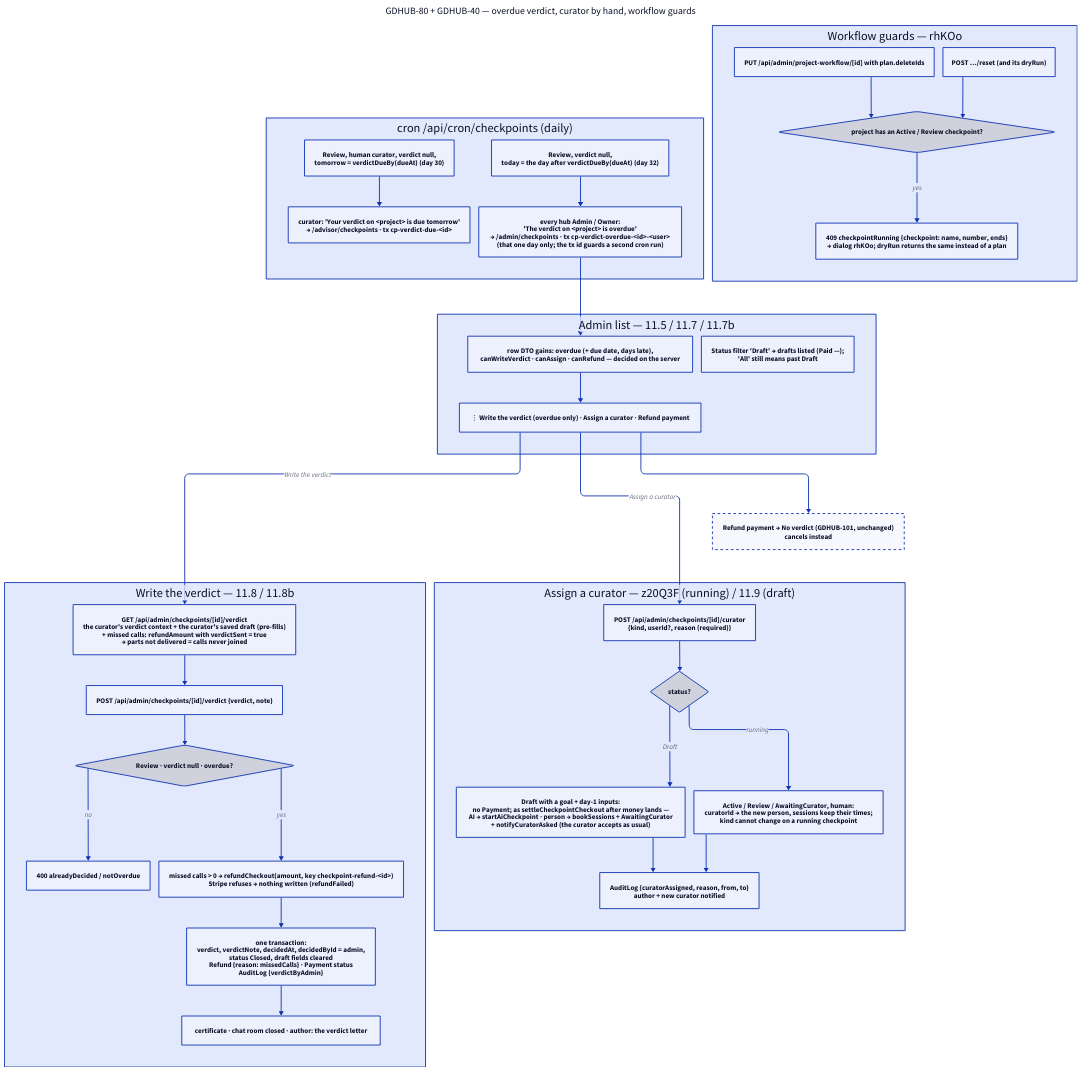
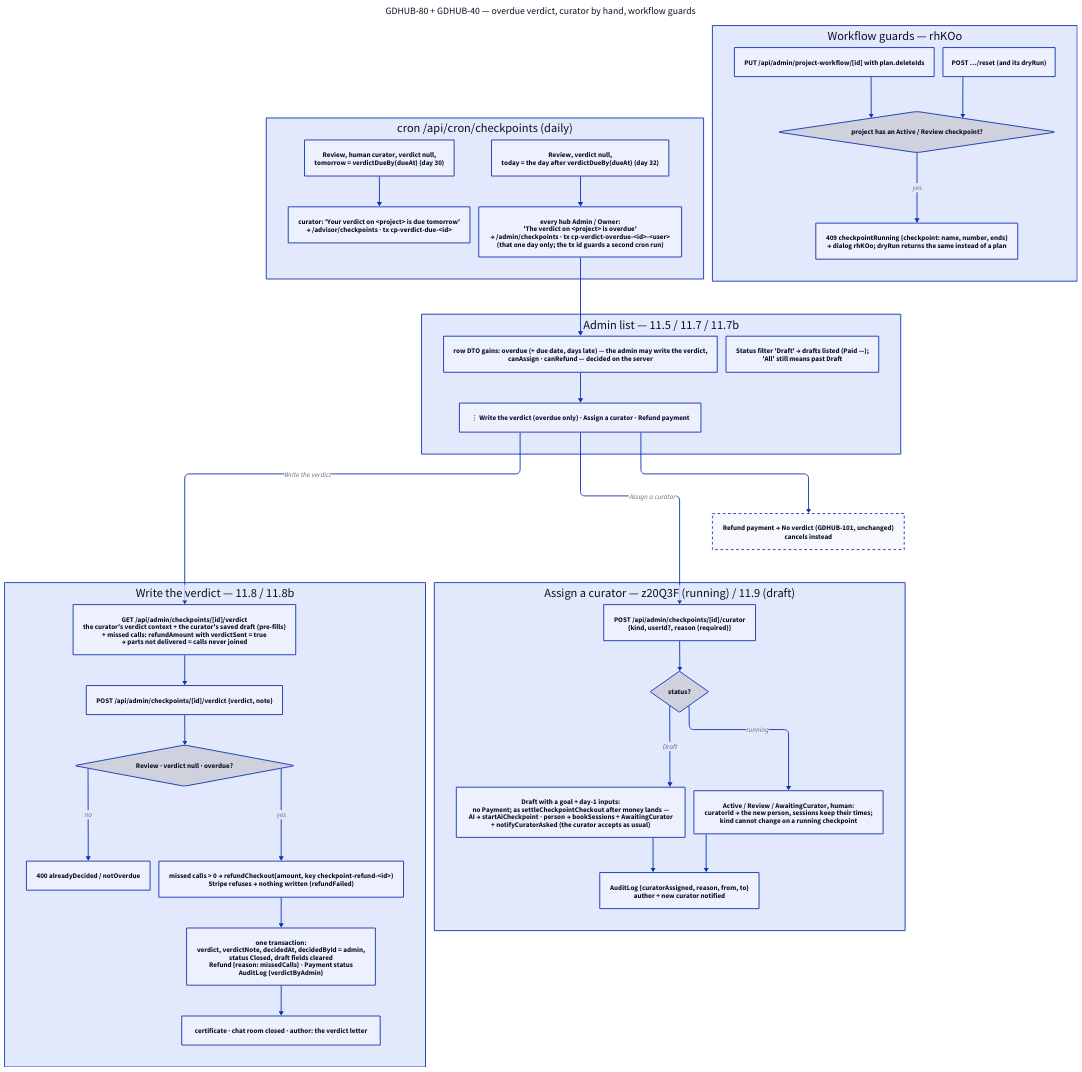
The diagram in docs/checkpoints-admin-controls-flow.d2 (gdhub-io/gdhub), drawn with D2 before and after one commit. The commit also changed 18 other files, not shown here.

Commit message:
refactor(checkpoints): GDHUB-80 GDHUB-40 shared refund writes, admin rules and user search

```diff
--- a/docs/checkpoints-admin-controls-flow.d2
+++ b/docs/checkpoints-admin-controls-flow.d2
@@ -1,72 +1,72 @@
 vars: {
   d2-config: {
     layout-engine: elk
   }
 }
 
 direction: down
 
 title: "GDHUB-80 + GDHUB-40 — overdue verdict, curator by hand, workflow guards" {
   shape: text
   near: top-center
   style.font-size: 22
 }
 
 cron: "cron /api/cron/checkpoints (daily)" {
   due: "Review, human curator, verdict null,\ntomorrow = verdictDueBy(dueAt) (day 30)"
   remind: "curator: 'Your verdict on <project> is due tomorrow'\n→ /advisor/checkpoints · tx cp-verdict-due-<id>"
   over: "Review, verdict null,\ntoday = the day after verdictDueBy(dueAt) (day 32)"
   admins: "every hub Admin / Owner:\n'The verdict on <project> is overdue'\n→ /admin/checkpoints · tx cp-verdict-overdue-<id>-<user>\n(that one day only; the tx id guards a second cron run)"
   due -> remind
   over -> admins
 }
 
 list: "Admin list — 11.5 / 11.7 / 11.7b" {
-  row: "row DTO gains: overdue (+ due date, days late),\ncanWriteVerdict · canAssign · canRefund — decided on the server"
+  row: "row DTO gains: overdue (+ due date, days late) — the admin may write the verdict,\ncanAssign · canRefund — decided on the server"
   menu: "⋮ Write the verdict (overdue only) · Assign a curator · Refund payment"
   draft: "Status filter 'Draft' → drafts listed (Paid —);\n'All' still means past Draft"
   row -> menu
 }
 cron.admins -> list.row
 
 verdict: "Write the verdict — 11.8 / 11.8b" {
   quote: "GET /api/admin/checkpoints/[id]/verdict\nthe curator's verdict context + the curator's saved draft (pre-fills)\n+ missed calls: refundAmount with verdictSent = true\n→ parts not delivered = calls never joined"
   send: "POST /api/admin/checkpoints/[id]/verdict {verdict, note}"
   check: "Review · verdict null · overdue?" {shape: diamond}
   refuse: "400 alreadyDecided / notOverdue"
   money: "missed calls > 0 → refundCheckout(amount, key checkpoint-refund-<id>)\nStripe refuses → nothing written (refundFailed)"
   write: "one transaction:\nverdict, verdictNote, decidedAt, decidedById = admin,\nstatus Closed, draft fields cleared\nRefund {reason: missedCalls} · Payment status\nAuditLog {verdictByAdmin}"
   after: "certificate · chat room closed · author: the verdict letter"
   quote -> send -> check
   check -> refuse: no
   check -> money: yes
   money -> write -> after
 }
 list.menu -> verdict.quote: "Write the verdict"
 
 assign: "Assign a curator — z20Q3F (running) / 11.9 (draft)" {
   body: "POST /api/admin/checkpoints/[id]/curator\n{kind, userId?, reason (required)}"
   which: "status?" {shape: diamond}
   free: "Draft with a goal + day-1 inputs:\nno Payment; as settleCheckpointCheckout after money lands —\nAI → startAiCheckpoint · person → bookSessions + AwaitingCurator\n+ notifyCuratorAsked (the curator accepts as usual)"
   swap: "Active / Review / AwaitingCurator, human:\ncuratorId → the new person, sessions keep their times;\nkind cannot change on a running checkpoint"
   tell: "AuditLog {curatorAssigned, reason, from, to}\nauthor + new curator notified"
   body -> which
   which -> free: Draft
   which -> swap: running
   free -> tell
   swap -> tell
 }
 list.menu -> assign.body: "Assign a curator"
 
 guards: "Workflow guards — rhKOo" {
   put: "PUT /api/admin/project-workflow/[id] with plan.deleteIds"
   reset: "POST …/reset (and its dryRun)"
   open: "project has an Active / Review checkpoint?" {shape: diamond}
   no: "409 checkpointRunning {checkpoint: name, number, ends}\n→ dialog rhKOo; dryRun returns the same instead of a plan"
   put -> open
   reset -> open
   open -> no: yes
 }
 
 refund: "Refund payment → No verdict (GDHUB-101, unchanged)\ncancels instead" {style.stroke-dash: 3}
 list.menu -> refund
```
